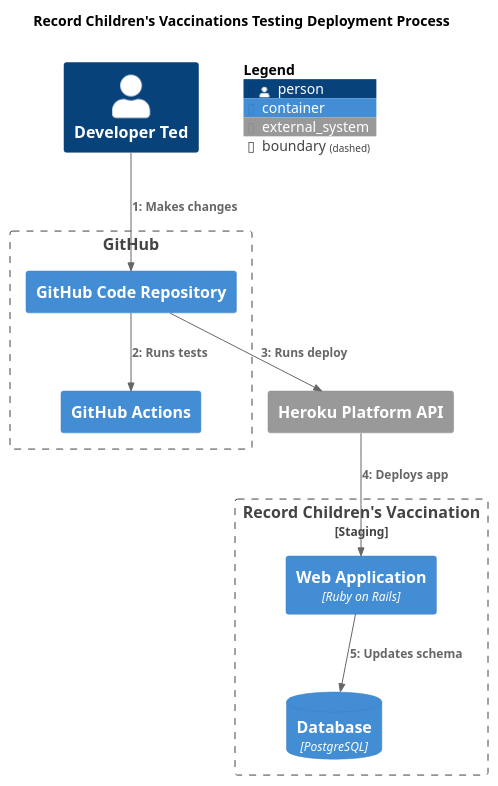
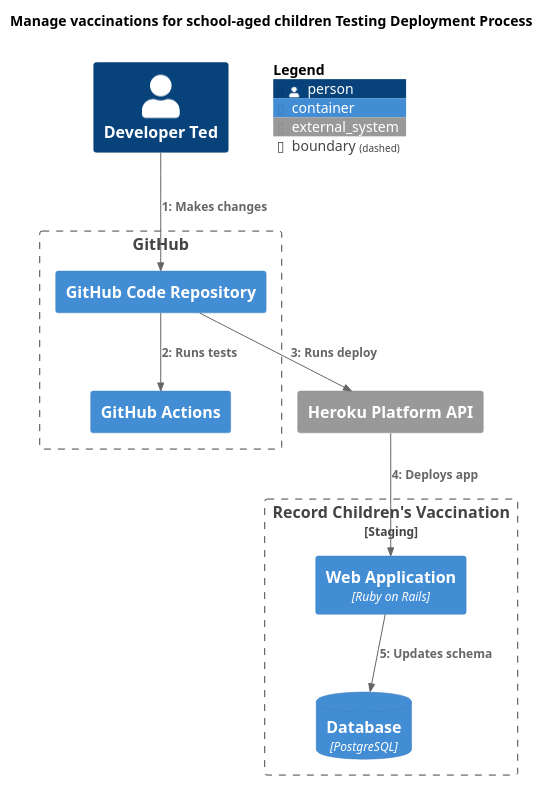
One commit to nhsuk/manage-vaccinations-in-schools changed the diagram in docs/diagrams/testing-deployment-process.puml. Above: the diagram before and after it, drawn with PlantUML. The commit also changed 12 other files, not shown here.

Commit message:
Rename service to Manage vaccinations for school-aged children

```diff
--- a/docs/diagrams/testing-deployment-process.puml
+++ b/docs/diagrams/testing-deployment-process.puml
@@ -1,28 +1,28 @@
 @startuml
 
 !include <C4/C4_Dynamic.puml>
 
-title "Record Children's Vaccinations Testing Deployment Process"
+title "Manage vaccinations for school-aged children Testing Deployment Process"
 
 System_Ext(herokuAPI, "Heroku Platform API")
 Boundary(record, "Record Children's Vaccination", "Staging") {
   Container(serverStaging, "Web Application", "Ruby on Rails")
   ContainerDb(dbStaging, "Database", "PostgreSQL")
 }
 
 Person(devT, "Developer Ted")
 
 Boundary(github, "GitHub") {
     Container(repo, "GitHub Code Repository")
     Container(actions, "GitHub Actions")
 }
 
 Rel(devT, repo, "Makes changes")
 Rel(repo, actions, "Runs tests")
 Rel(repo, herokuAPI, "Runs deploy")
 Rel(herokuAPI, serverStaging, "Deploys app")
 Rel(serverStaging, dbStaging, "Updates schema")
 
 SHOW_FLOATING_LEGEND()
 
 @enduml
```
